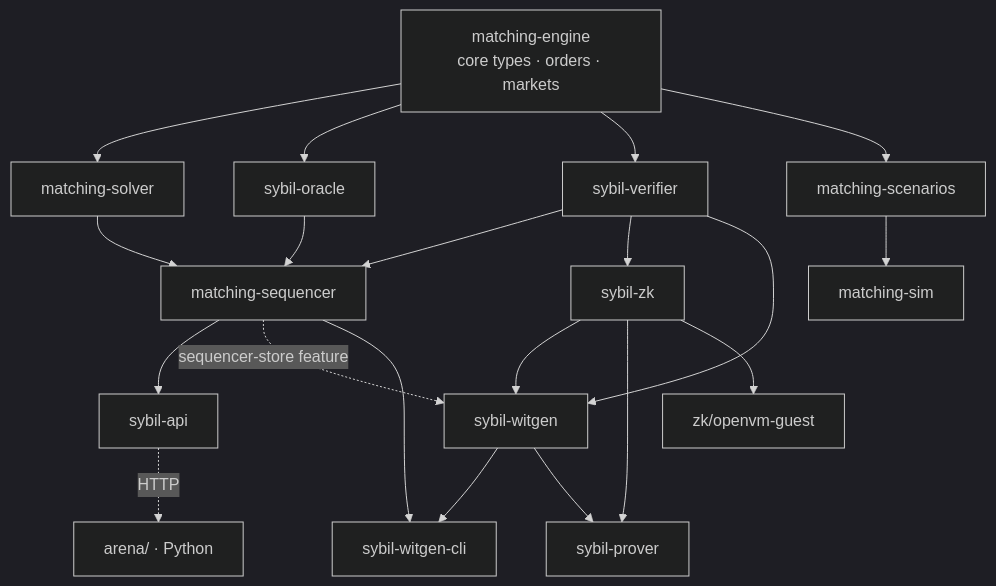
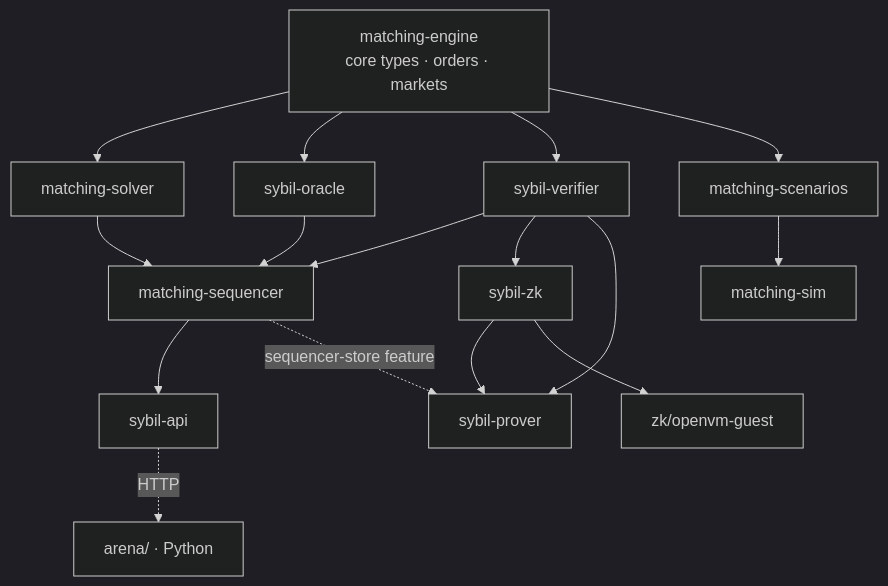
The diagram in docs/architecture/Crate Dependency Map.md (MetaB0y/sybil), drawn with Mermaid (dark theme) before and after one commit. The commit also changed other lines of this file and 26 other files, not shown here.

````diff
--- a/docs/architecture/Crate Dependency Map.md
+++ b/docs/architecture/Crate Dependency Map.md
@@ -30,27 +25,23 @@
 ```mermaid
 graph TB
     ENGINE["matching-engine<br/>core types · orders · markets"]
 
     ENGINE --> SOLVER["matching-solver"]
     ENGINE --> ORACLE["sybil-oracle"]
     ENGINE --> VERIFIER["sybil-verifier"]
     ENGINE --> SCENARIOS["matching-scenarios"]
 
     SOLVER --> SEQ["matching-sequencer"]
     ORACLE --> SEQ
     VERIFIER --> SEQ
 
     SEQ --> API["sybil-api"]
     API -.->|"HTTP"| ARENA["arena/ · Python"]
 
     SCENARIOS --> SIM["matching-sim"]
     VERIFIER --> ZK["sybil-zk"]
-    VERIFIER --> WITGEN
-    ZK --> WITGEN
-    SEQ -.->|"sequencer-store feature"| WITGEN["sybil-witgen"]
-    SEQ --> WITGENCLI["sybil-witgen-cli"]
-    WITGEN --> WITGENCLI
-    WITGEN --> PROVER["sybil-prover"]
+    VERIFIER --> PROVER["sybil-prover"]
     ZK --> PROVER
+    SEQ -.->|"sequencer-store feature"| PROVER
     ZK --> OPENVM["zk/openvm-guest"]
 ```
````
